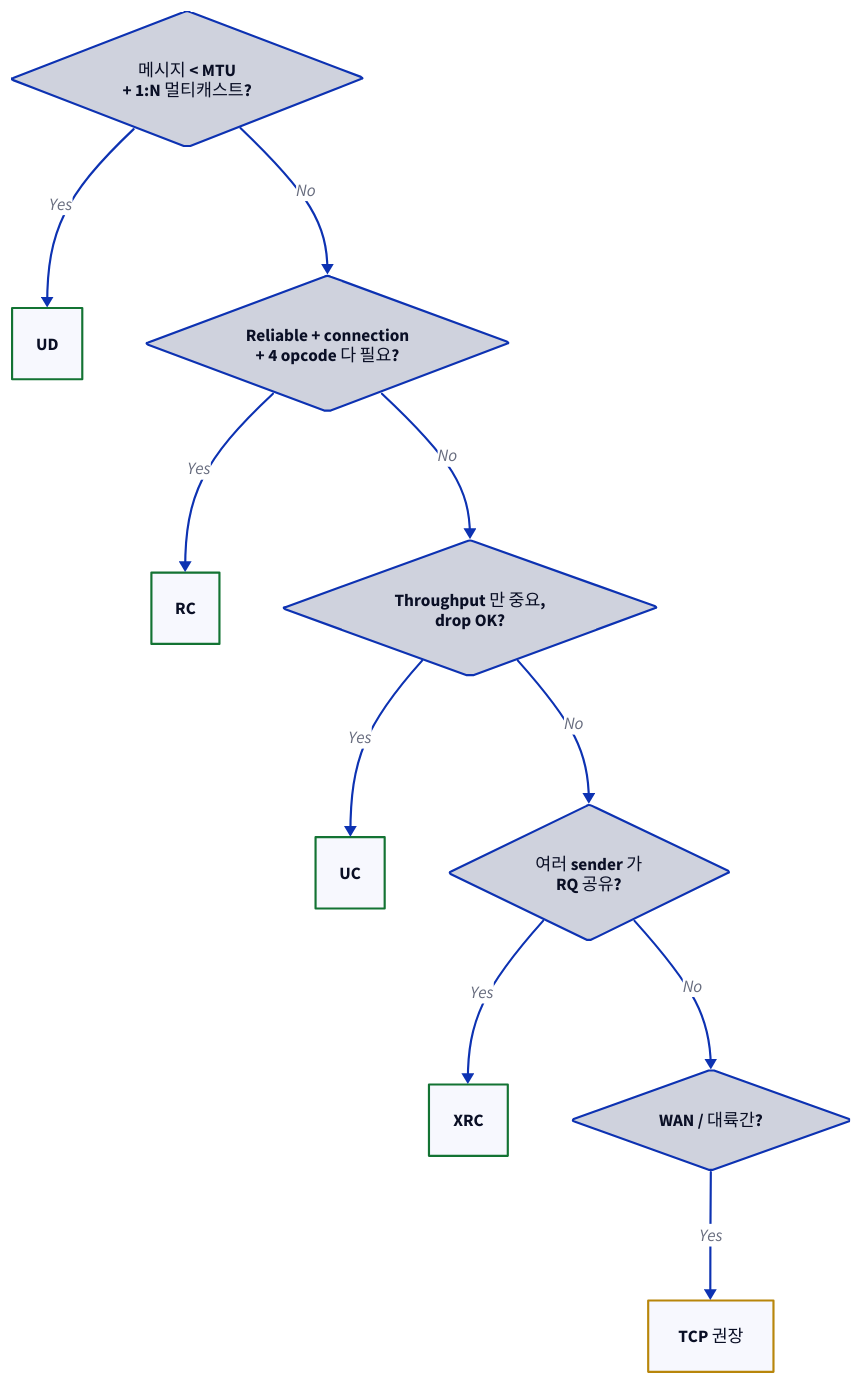
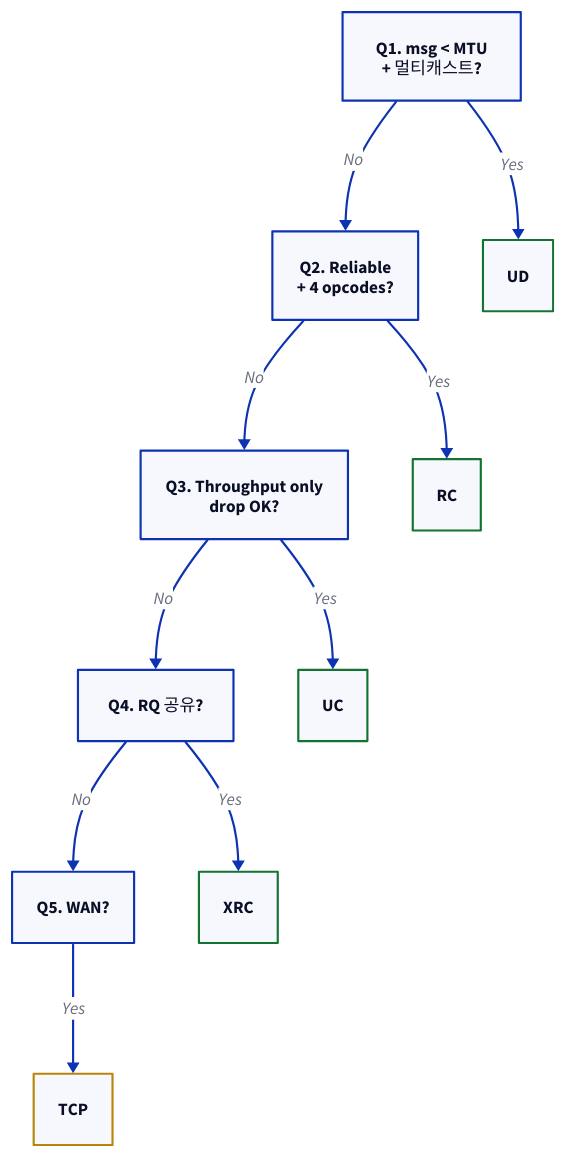
The second of 4 diagrams in topics/rdma/docs/04_service_types_qp.md (humbleowl39/DV_SKOOL), drawn with D2 before and after one commit. The commit also changed other lines of this file and 90 other files, not shown here.

First line of the commit message:
docs: 전 토픽 다이어그램 정비 — ASCII→D2, mermaid→D2, 과대 D2 가시성 수정

````diff
--- a/topics/rdma/docs/04_service_types_qp.md
+++ b/topics/rdma/docs/04_service_types_qp.md
@@ -251,23 +248,26 @@
 ```d2
 direction: down
 
-Q1: "메시지 < MTU\n+ 1:N 멀티캐스트?" { shape: diamond }
-UD: "UD" { style.stroke: "#137333"; style.stroke-width: 2 }
+Q1: "Q1. msg < MTU\n+ 멀티캐스트?"
+Q2: "Q2. Reliable\n+ 4 opcodes?"
+Q3: "Q3. Throughput only\ndrop OK?"
+Q4: "Q4. RQ 공유?"
+Q5: "Q5. WAN?"
+
+Q1 -> Q2: "No"
+Q2 -> Q3: "No"
+Q3 -> Q4: "No"
+Q4 -> Q5: "No"
+
+UD: UD { style.stroke: "#137333"; style.stroke-width: 2 }
+RC: RC { style.stroke: "#137333"; style.stroke-width: 2 }
+UC: UC { style.stroke: "#137333"; style.stroke-width: 2 }
+XRC: XRC { style.stroke: "#137333"; style.stroke-width: 2 }
+TCP: TCP { style.stroke: "#b8860b"; style.stroke-width: 2 }
+
 Q1 -> UD: "Yes"
-Q2: "Reliable + connection\n+ 4 opcode 다 필요?" { shape: diamond }
-Q1 -> Q2: "No"
-RC: "RC" { style.stroke: "#137333"; style.stroke-width: 2 }
 Q2 -> RC: "Yes"
-Q3: "Throughput 만 중요,\ndrop OK?" { shape: diamond }
-Q2 -> Q3: "No"
-UC: "UC" { style.stroke: "#137333"; style.stroke-width: 2 }
 Q3 -> UC: "Yes"
-Q4: "여러 sender 가\nRQ 공유?" { shape: diamond }
-Q3 -> Q4: "No"
-XRC: "XRC" { style.stroke: "#137333"; style.stroke-width: 2 }
 Q4 -> XRC: "Yes"
-Q5: "WAN / 대륙간?" { shape: diamond }
-Q4 -> Q5: "No"
-TCP: "TCP 권장" { style.stroke: "#b8860b"; style.stroke-width: 2 }
 Q5 -> TCP: "Yes"
 ```
````
